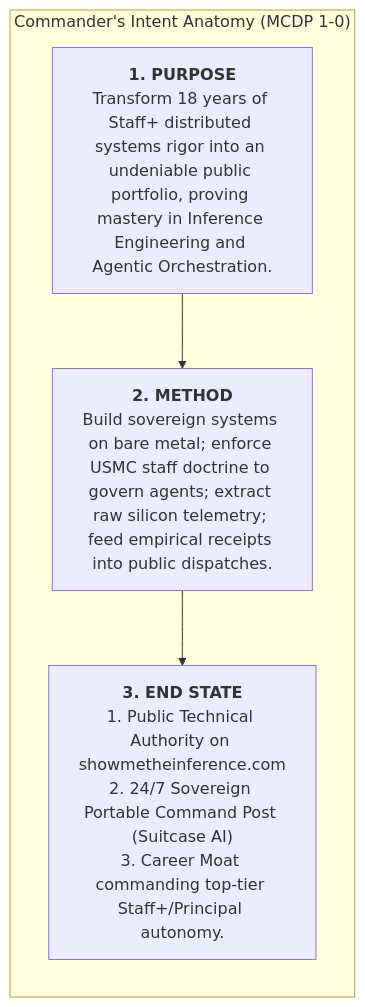
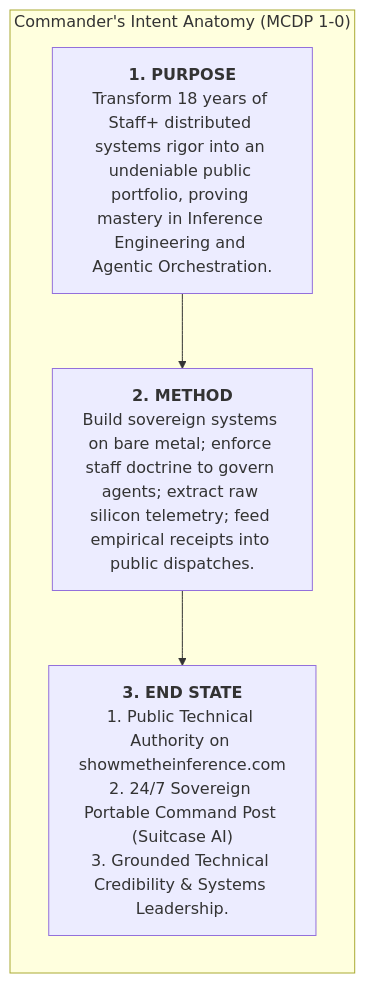
The first of 3 diagrams in plans/CAMPAIGN_PLAN_SHOW_THE_INFERENCE.md (chalko/a-staff), drawn with Mermaid before and after one commit. The commit also changed other lines of this file, not shown here.

````diff
--- a/plans/CAMPAIGN_PLAN_SHOW_THE_INFERENCE.md
+++ b/plans/CAMPAIGN_PLAN_SHOW_THE_INFERENCE.md
@@ -30,10 +30,10 @@
 ```mermaid
 flowchart TD
     subgraph Intent["Commander's Intent Anatomy (MCDP 1-0)"]
         direction TB
         P["<b>1. PURPOSE</b><br/>Transform 18 years of Staff+ distributed systems rigor into an undeniable public portfolio, proving mastery in Inference Engineering and Agentic Orchestration."]
-        M["<b>2. METHOD</b><br/>Build sovereign systems on bare metal; enforce USMC staff doctrine to govern agents; extract raw silicon telemetry; feed empirical receipts into public dispatches."]
-        E["<b>3. END STATE</b><br/>1. Public Technical Authority on showmetheinference.com<br/>2. 24/7 Sovereign Portable Command Post (Suitcase AI)<br/>3. Career Moat commanding top-tier Staff+/Principal autonomy."]
+        M["<b>2. METHOD</b><br/>Build sovereign systems on bare metal; enforce staff doctrine to govern agents; extract raw silicon telemetry; feed empirical receipts into public dispatches."]
+        E["<b>3. END STATE</b><br/>1. Public Technical Authority on showmetheinference.com<br/>2. 24/7 Sovereign Portable Command Post (Suitcase AI)<br/>3. Grounded Technical Credibility & Systems Leadership."]
         P --> M --> E
     end
 ```
````
